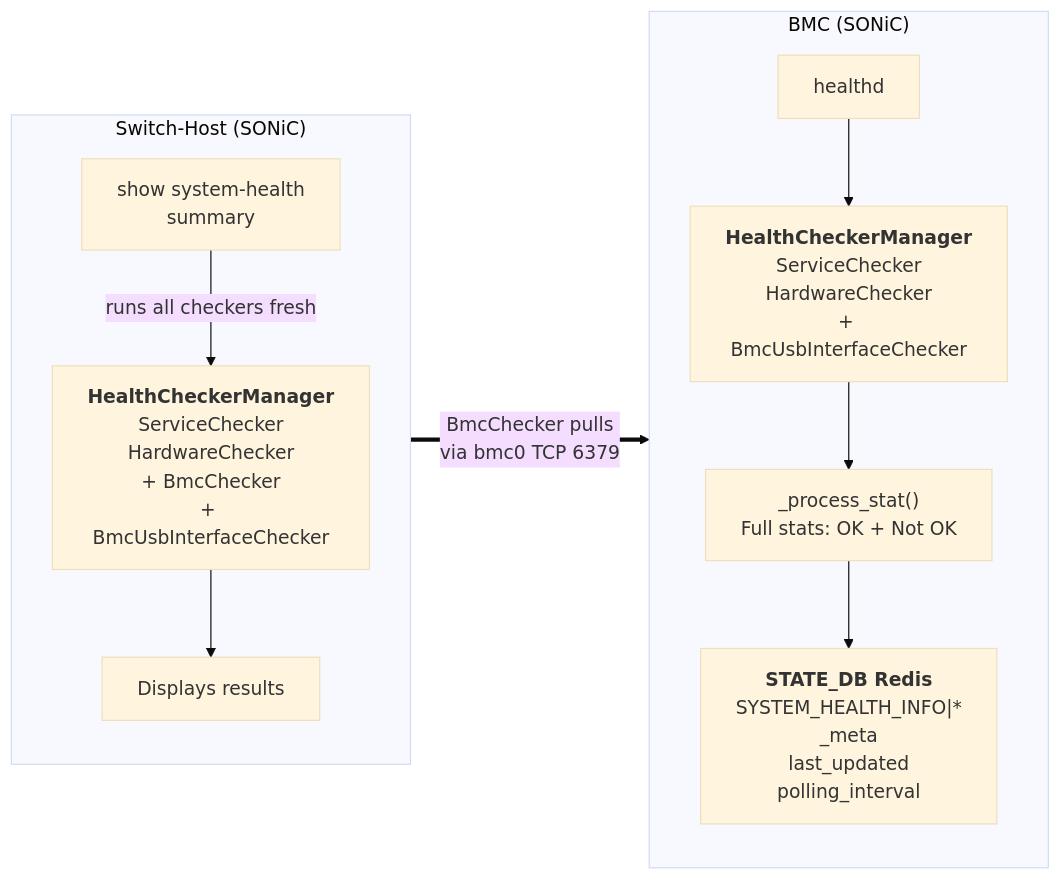
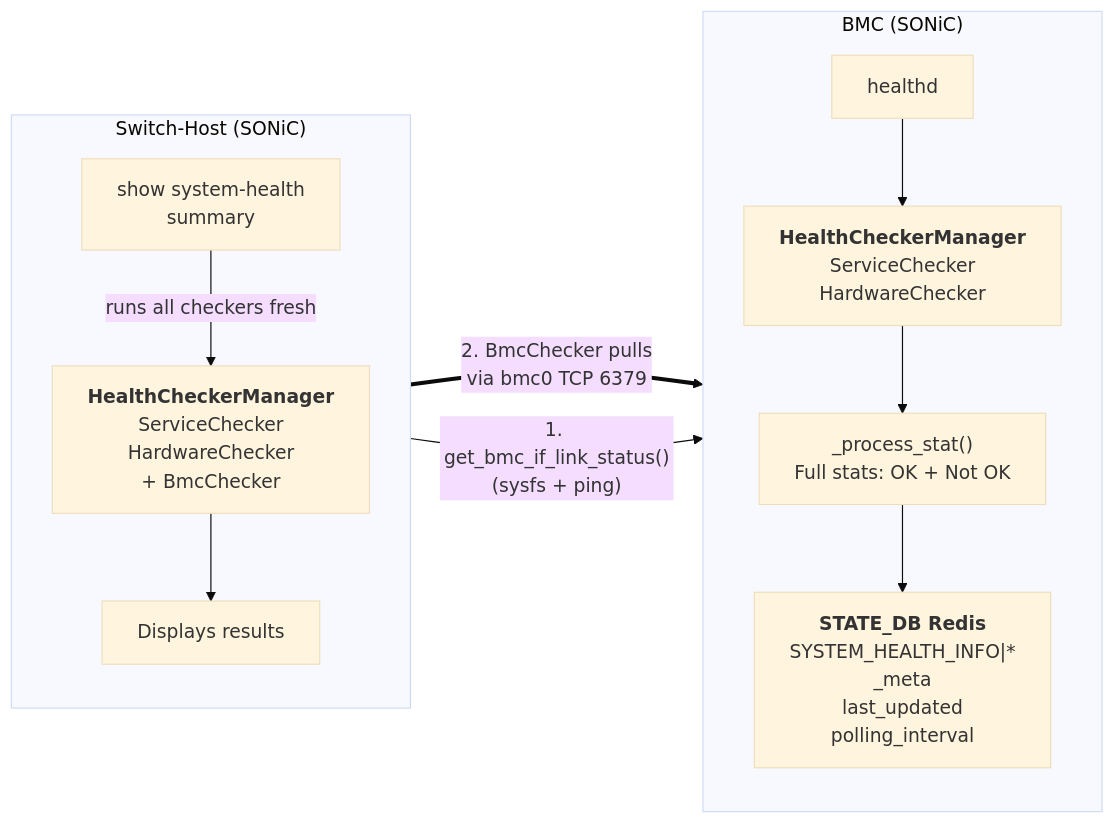
The diagram in doc/bmc/bmc-health-monitoring-on-switch-host-hld.md (sonic-net/SONiC), drawn with Mermaid (base theme) before and after one commit. The commit also changed other lines of this file, not shown here.

First line of the commit message:
Update BMC health Monitoring HLD on SWITCH-HOST with get_bmc_if_link_status

````diff
--- a/doc/bmc/bmc-health-monitoring-on-switch-host-hld.md
+++ b/doc/bmc/bmc-health-monitoring-on-switch-host-hld.md
@@ -115,34 +125,35 @@
 ```mermaid
 graph LR
 
     subgraph SH["Switch-Host (SONiC)"]
         direction TB
 
         S_CLI["show system-health<br/>summary"]
 
-        S_checkers["<b>HealthCheckerManager</b><br/>ServiceChecker<br/>HardwareChecker<br/>+ BmcChecker<br/>+ BmcUsbInterfaceChecker"]
+        S_checkers["<b>HealthCheckerManager</b><br/>ServiceChecker<br/>HardwareChecker<br/>+ BmcChecker"]
 
         S_result["Displays results"]
 
         S_CLI -->|runs all checkers fresh| S_checkers
         S_checkers --> S_result
     end
 
     subgraph BMC["BMC (SONiC)"]
         direction TB
 
         B_healthd["healthd"]
 
-        B_checkers["<b>HealthCheckerManager</b><br/>ServiceChecker<br/>HardwareChecker<br/>+ BmcUsbInterfaceChecker"]
+        B_checkers["<b>HealthCheckerManager</b><br/>ServiceChecker<br/>HardwareChecker"]
 
         B_proc["_process_stat()<br/>Full stats: OK + Not OK"]
 
         B_DB["<b>STATE_DB Redis</b><br/>SYSTEM_HEALTH_INFO|*<br/>_meta<br/>last_updated<br/>polling_interval"]
 
         B_healthd --> B_checkers
         B_checkers --> B_proc
         B_proc --> B_DB
     end
 
-    S_checkers ==>|"BmcChecker pulls<br/>via bmc0 TCP 6379"| B_DB
+    S_checkers -->|"1. get_bmc_if_link_status()<br/>(sysfs + ping)"| BMC
+    S_checkers ==>|"2. BmcChecker pulls<br/>via bmc0 TCP 6379"| B_DB
 ```
````
